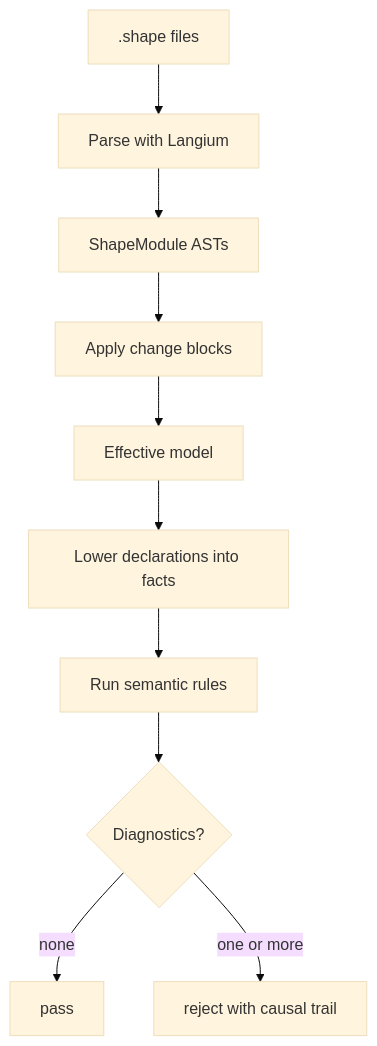
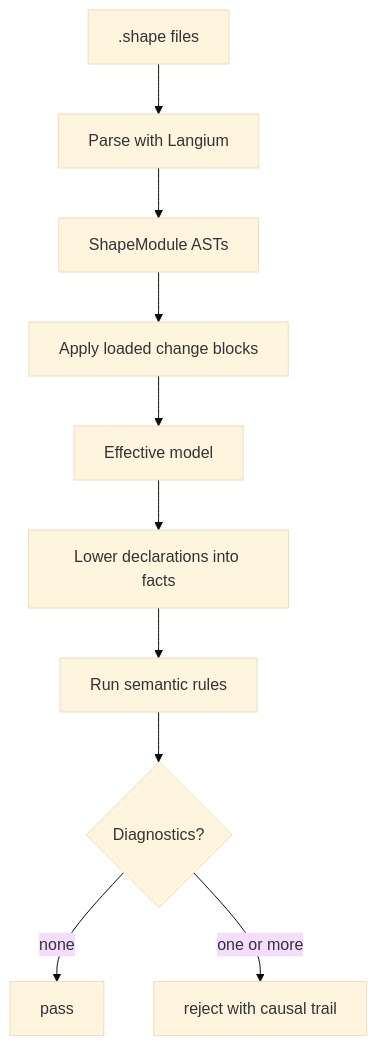
Before and after one commit to timbrinded/shapelang: the first of 3 diagrams in docs-site/src/content/docs/inside-shape/checker-pipeline.md, drawn with Mermaid (base theme). The commit also changed other lines of this file and 26 other files, not shown here.

````diff
--- a/docs-site/src/content/docs/inside-shape/checker-pipeline.md
+++ b/docs-site/src/content/docs/inside-shape/checker-pipeline.md
@@ -14,12 +14,12 @@
 ```mermaid
 flowchart TD
   A[".shape files"] --> B["Parse with Langium"]
   B --> C["ShapeModule ASTs"]
-  C --> D["Apply change blocks"]
+  C --> D["Apply loaded change blocks"]
   D --> E["Effective model"]
   E --> F["Lower declarations into facts"]
   F --> G["Run semantic rules"]
   G --> H{"Diagnostics?"}
   H -->|"none"| I["pass"]
   H -->|"one or more"| J["reject with causal trail"]
 ```
````
